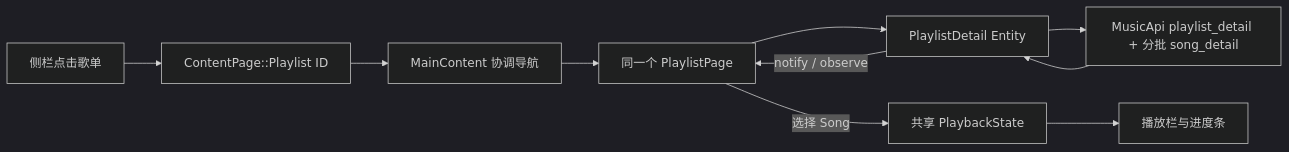
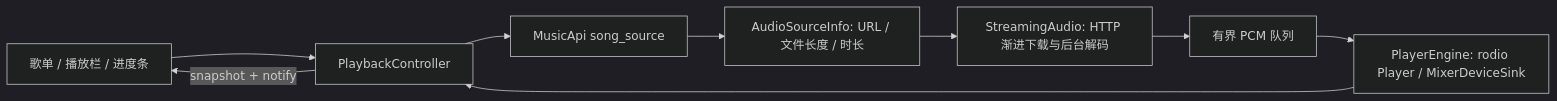
Before and after one commit to AMagicPear/netease-music-gpui: the diagram in docs/architecture.md, drawn with Mermaid (dark theme). The commit also changed other lines of this file and 39 other files, not shown here.

````diff
--- a/docs/architecture.md
+++ b/docs/architecture.md
@@ -28,12 +62,11 @@
 ```mermaid
 flowchart LR
-    A[侧栏点击歌单] --> B[ContentPage::Playlist ID]
-    B --> C[MainContent 协调导航]
-    C --> D[同一个 PlaylistPage]
-    D --> E[PlaylistDetail Entity]
-    E --> F[MusicApi playlist_detail + 分批 song_detail]
-    F --> E
-    E -->|notify / observe| D
-    D -->|选择 Song| G[共享 PlaybackState]
-    G --> H[播放栏与进度条]
+    UI[歌单 / 播放栏 / 进度条] --> C[PlaybackController]
+    C --> API[MusicApi song_source]
+    API --> I[AudioSourceInfo: URL / 文件长度 / 时长]
+    I --> S[StreamingAudio: HTTP 渐进下载与后台解码]
+    S --> P[有界 PCM 队列]
+    P --> E[PlayerEngine: rodio Player / MixerDeviceSink]
+    E --> C
+    C -->|snapshot + notify| UI
 ```
````
